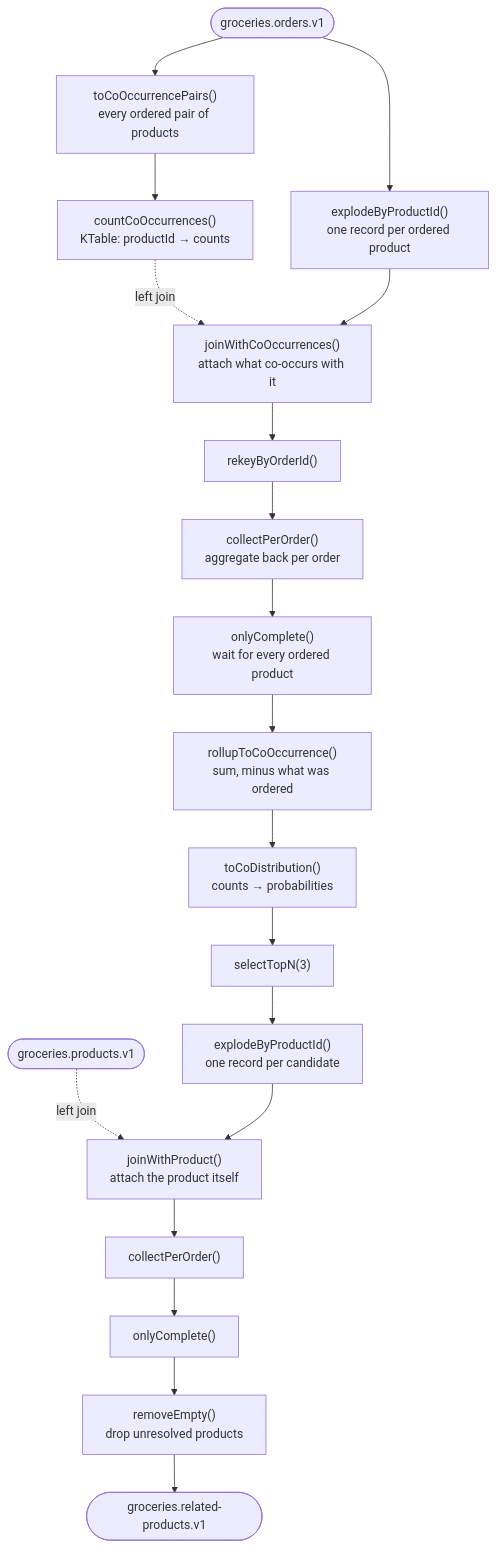
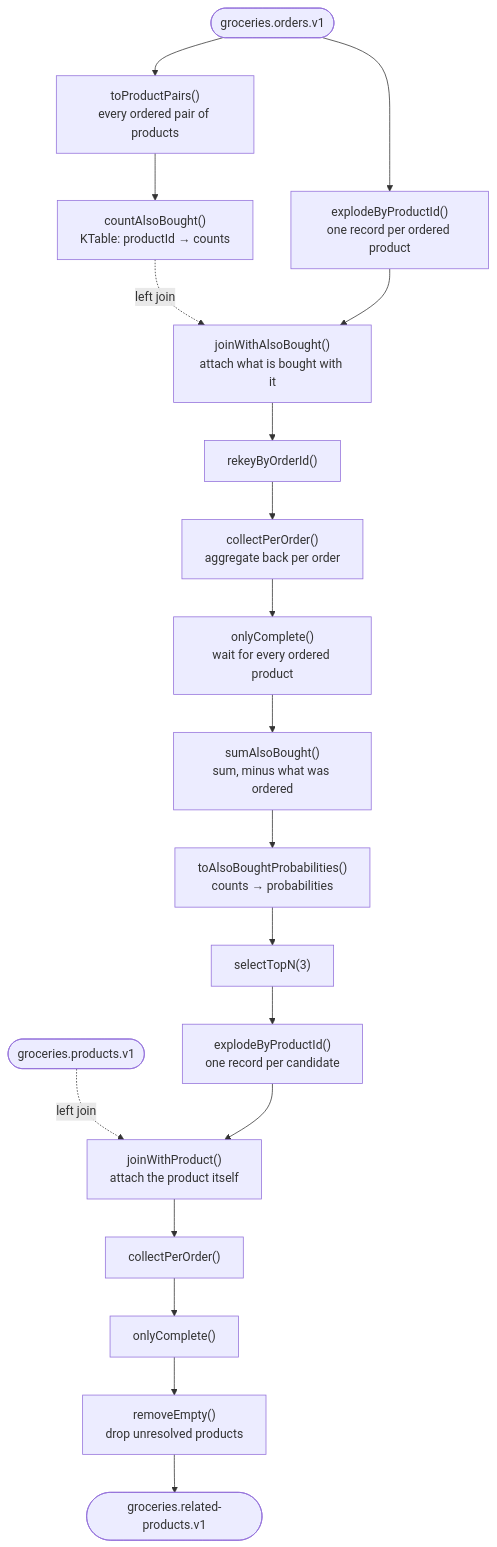
One commit to marcgoosen/groceries-monorepo changed the diagram in README.md. Above: the diagram before and after it, drawn with Mermaid. The commit also changed other lines of this file and 40 other files, not shown here.

````diff
--- a/README.md
+++ b/README.md
@@ -21,23 +21,23 @@
 ```mermaid
 flowchart TD
-    ORDERS([groceries.orders.v1]) --> PAIRS["toCoOccurrencePairs()<br/>every ordered pair of products"]
-    PAIRS --> COUNT["countCoOccurrences()<br/>KTable: productId → counts"]
+    ORDERS([groceries.orders.v1]) --> PAIRS["toProductPairs()<br/>every ordered pair of products"]
+    PAIRS --> COUNT["countAlsoBought()<br/>KTable: productId → counts"]
 
     ORDERS --> EXPLODE["explodeByProductId()<br/>one record per ordered product"]
     COUNT -.->|left join| JOIN
-    EXPLODE --> JOIN["joinWithCoOccurrences()<br/>attach what co-occurs with it"]
+    EXPLODE --> JOIN["joinWithAlsoBought()<br/>attach what is bought with it"]
     JOIN --> REKEY["rekeyByOrderId()"]
     REKEY --> COLLECT["collectPerOrder()<br/>aggregate back per order"]
     COLLECT --> COMPLETE["onlyComplete()<br/>wait for every ordered product"]
-    COMPLETE --> ROLLUP["rollupToCoOccurrence()<br/>sum, minus what was ordered"]
-    ROLLUP --> DIST["toCoDistribution()<br/>counts → probabilities"]
-    DIST --> TOPN["selectTopN(3)"]
+    COMPLETE --> SUM["sumAlsoBought()<br/>sum, minus what was ordered"]
+    SUM --> PROBS["toAlsoBoughtProbabilities()<br/>counts → probabilities"]
+    PROBS --> TOPN["selectTopN(3)"]
     TOPN --> EXPLODE2["explodeByProductId()<br/>one record per candidate"]
 
     PRODUCTS([groceries.products.v1]) -.->|left join| JOIN2
     EXPLODE2 --> JOIN2["joinWithProduct()<br/>attach the product itself"]
     JOIN2 --> COLLECT2["collectPerOrder()"]
     COLLECT2 --> COMPLETE2["onlyComplete()"]
     COMPLETE2 --> CLEAN["removeEmpty()<br/>drop unresolved products"]
     CLEAN --> OUT([groceries.related-products.v1])
 ```
````
